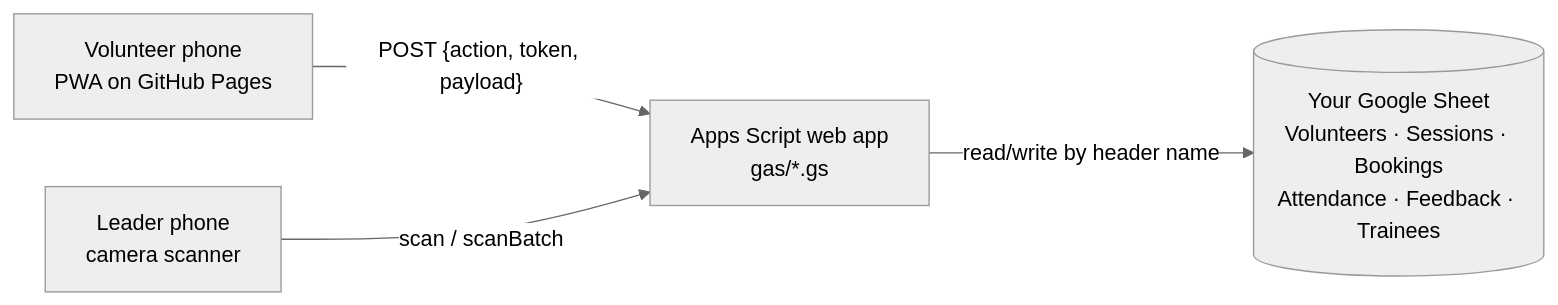
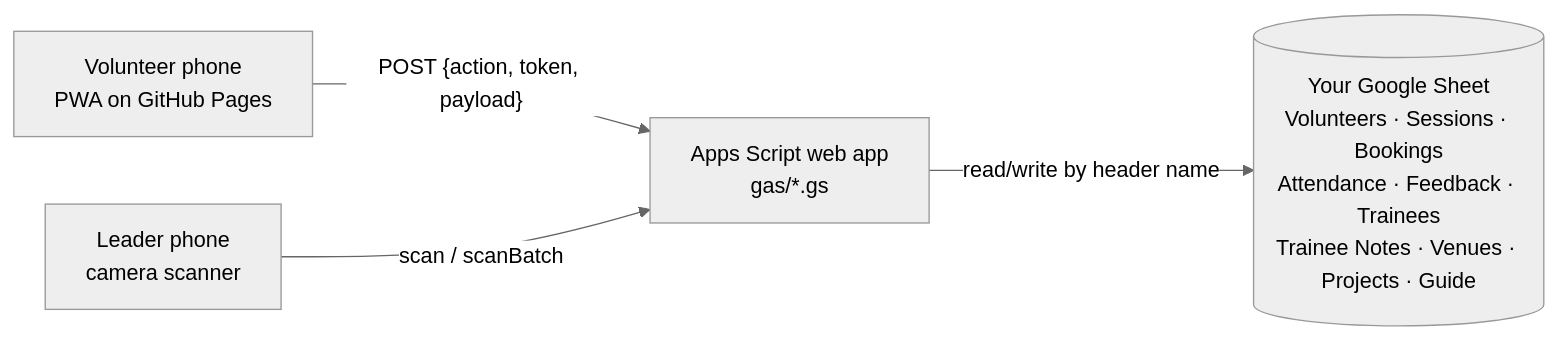
The diagram in volunteer-app/README.md (vcoder302026/T4G-Sem12627-MINDS-APP), drawn with Mermaid (neutral theme) before and after one commit. The commit also changed other lines of this file and 27 other files, not shown here.

````diff
--- a/volunteer-app/README.md
+++ b/volunteer-app/README.md
@@ -19,6 +25,6 @@
 ```mermaid
 flowchart LR
   V[Volunteer phone<br/>PWA on GitHub Pages] -- "POST {action, token, payload}" --> G[Apps Script web app<br/>gas/*.gs]
   L[Leader phone<br/>camera scanner] -- "scan / scanBatch" --> G
-  G -- "read/write by header name" --> S[(Your Google Sheet<br/>Volunteers · Sessions · Bookings<br/>Attendance · Feedback · Trainees)]
+  G -- "read/write by header name" --> S[(Your Google Sheet<br/>Volunteers · Sessions · Bookings<br/>Attendance · Feedback · Trainees<br/>Trainee Notes · Venues · Projects · Guide)]
 ```
````
